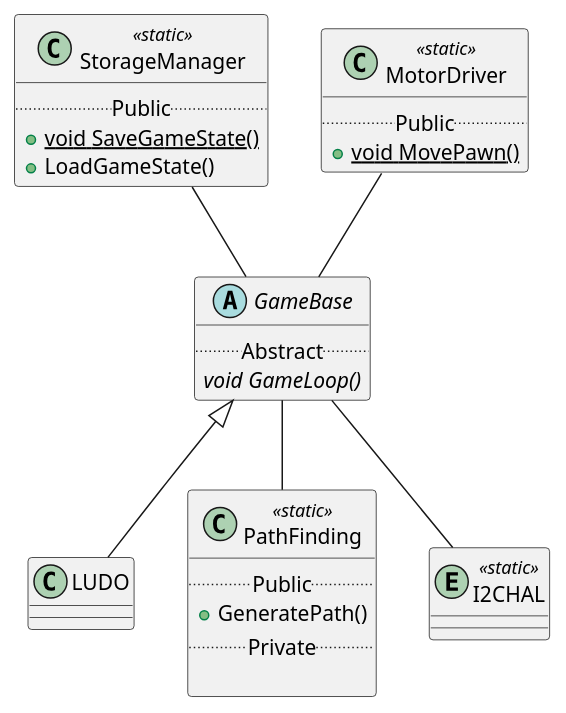
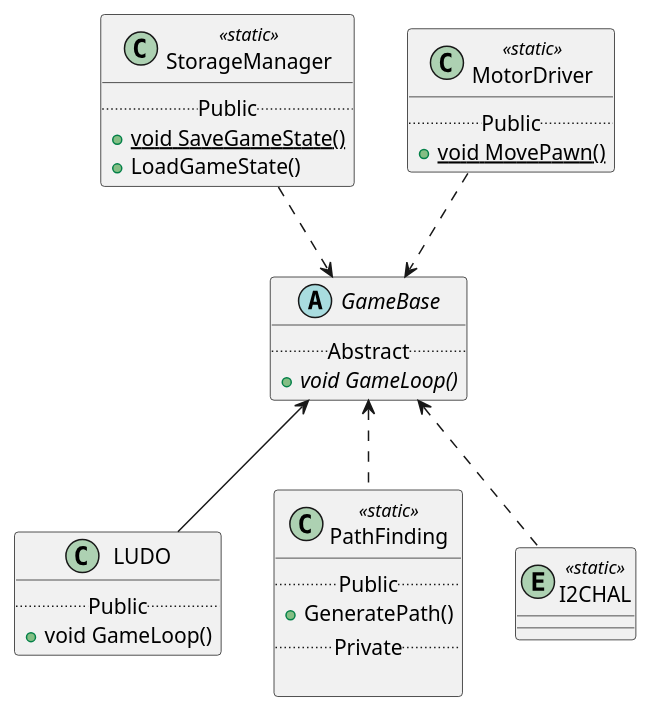
One commit to RemonZander/MTG changed the diagram in documentation/classDiagram.plantuml. Above: the diagram before and after it, drawn with PlantUML. The commit also changed 1 other file, not shown here.

Commit message:
updated class and component diagram

```diff
--- a/documentation/classDiagram.plantuml
+++ b/documentation/classDiagram.plantuml
@@ -1,40 +1,43 @@
 @startuml classDiagram
 abstract GameBase {
     .. Abstract ..
-    {abstract} void GameLoop()
+    {abstract} + void GameLoop()
 }
 
 
-class           LUDO
+class LUDO {
+    .. Public ..
+    + void GameLoop()
+}
 
 
 class StorageManager <<static>> {
     .. Public ..
     {static} + void SaveGameState()
     + LoadGameState()
 }
 
 
 class MotorDriver <<static>> {
     .. Public ..
     {static} + void MovePawn()
 }
 
 class PathFinding <<static>> {
     .. Public ..
     + GeneratePath()
     .. Private ..
 
 }
 
 
 entity          I2CHAL <<static>>
 
 
 
-GameBase <|--   LUDO
-StorageManager --     GameBase
-MotorDriver --     GameBase
-GameBase --     PathFinding
-GameBase --     I2CHAL         
+GameBase <--           LUDO
+StorageManager ..>     GameBase
+MotorDriver ..>        GameBase
+GameBase <..           PathFinding
+GameBase <..           I2CHAL         
 @enduml
```
